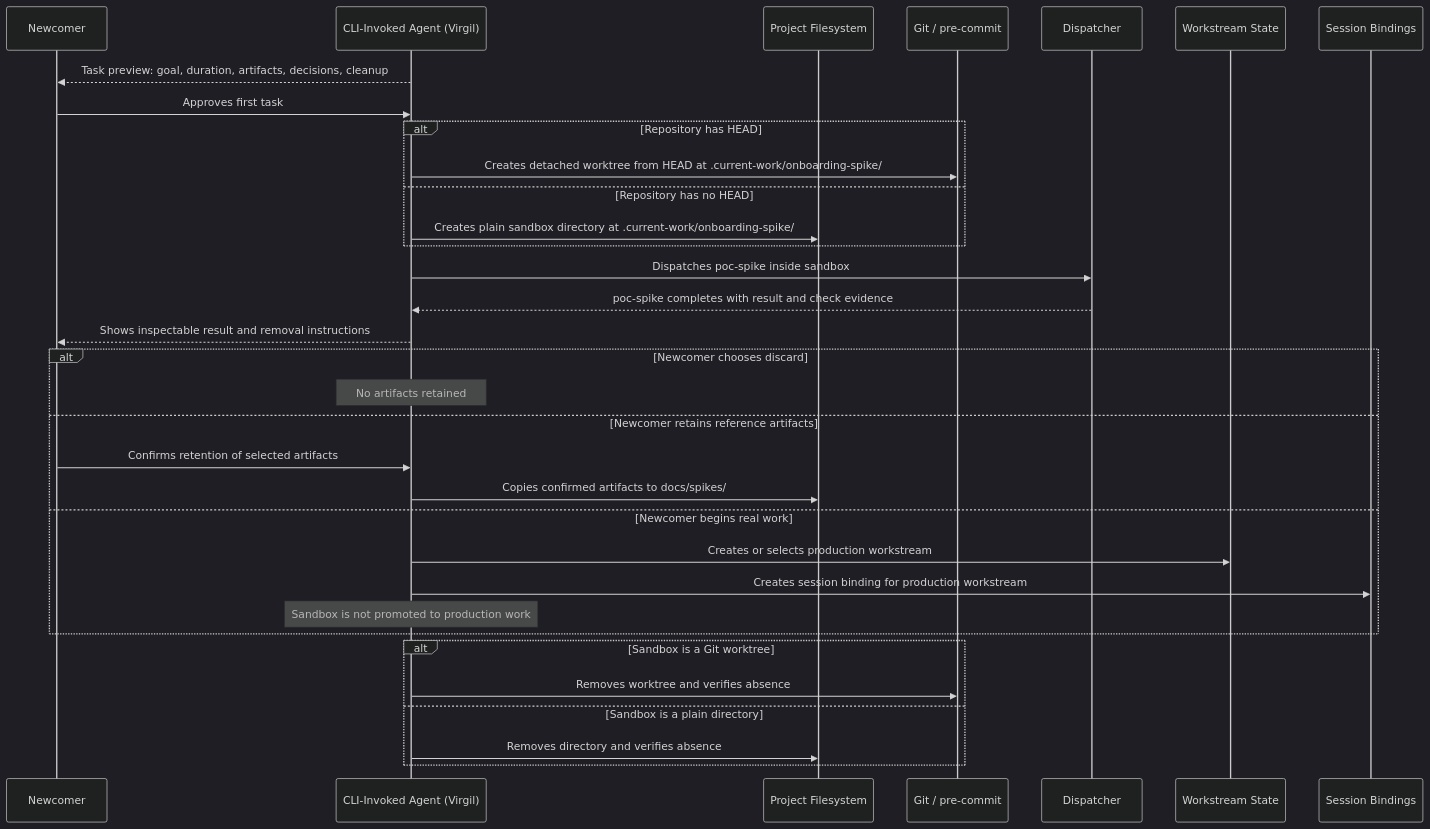
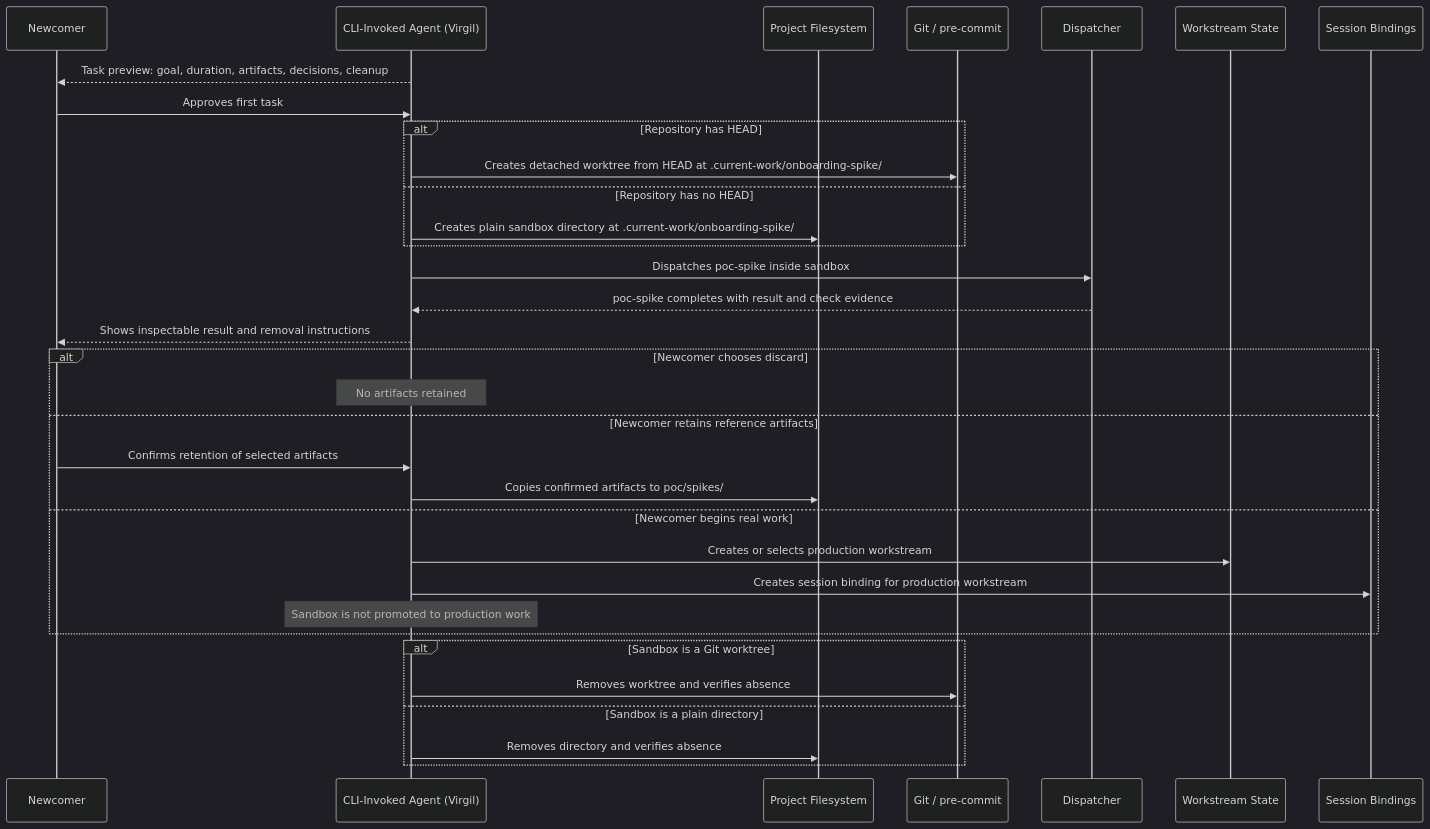
One commit to matthiasdaues/agent_factory changed diagram 16 of 30 in docs/arc42/06_runtime_view.md. Above: the diagram before and after it, drawn with Mermaid (dark theme). The commit also changed other lines of this file and 18 other files, not shown here.

First line of the commit message:
feat: retain onboarding artifacts under poc/spikes

````diff
--- a/docs/arc42/06_runtime_view.md
+++ b/docs/arc42/06_runtime_view.md
@@ -474,36 +474,36 @@
 ```mermaid
 sequenceDiagram
     participant N as Newcomer
     participant V as CLI-Invoked Agent (Virgil)
     participant PF as Project Filesystem
     participant G as Git / pre-commit
     participant D as Dispatcher
     participant WS as Workstream State
     participant SB as Session Bindings
 
     V-->>N: Task preview: goal, duration, artifacts, decisions, cleanup
     N->>V: Approves first task
     alt Repository has HEAD
         V->>G: Creates detached worktree from HEAD at .current-work/onboarding-spike/
     else Repository has no HEAD
         V->>PF: Creates plain sandbox directory at .current-work/onboarding-spike/
     end
     V->>D: Dispatches poc-spike inside sandbox
     D-->>V: poc-spike completes with result and check evidence
     V-->>N: Shows inspectable result and removal instructions
     alt Newcomer chooses discard
         Note over V: No artifacts retained
     else Newcomer retains reference artifacts
         N->>V: Confirms retention of selected artifacts
-        V->>PF: Copies confirmed artifacts to docs/spikes/
+        V->>PF: Copies confirmed artifacts to poc/spikes/
     else Newcomer begins real work
         V->>WS: Creates or selects production workstream
         V->>SB: Creates session binding for production workstream
         Note over V: Sandbox is not promoted to production work
     end
     alt Sandbox is a Git worktree
         V->>G: Removes worktree and verifies absence
     else Sandbox is a plain directory
         V->>PF: Removes directory and verifies absence
     end
 ```
````
